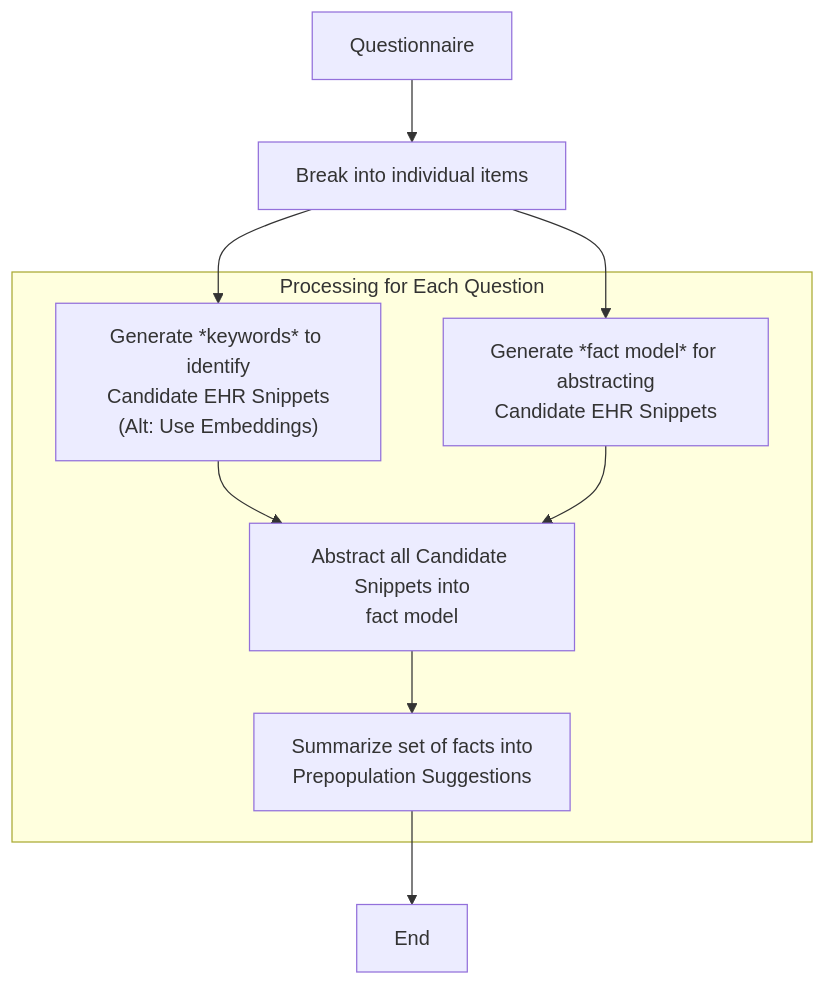
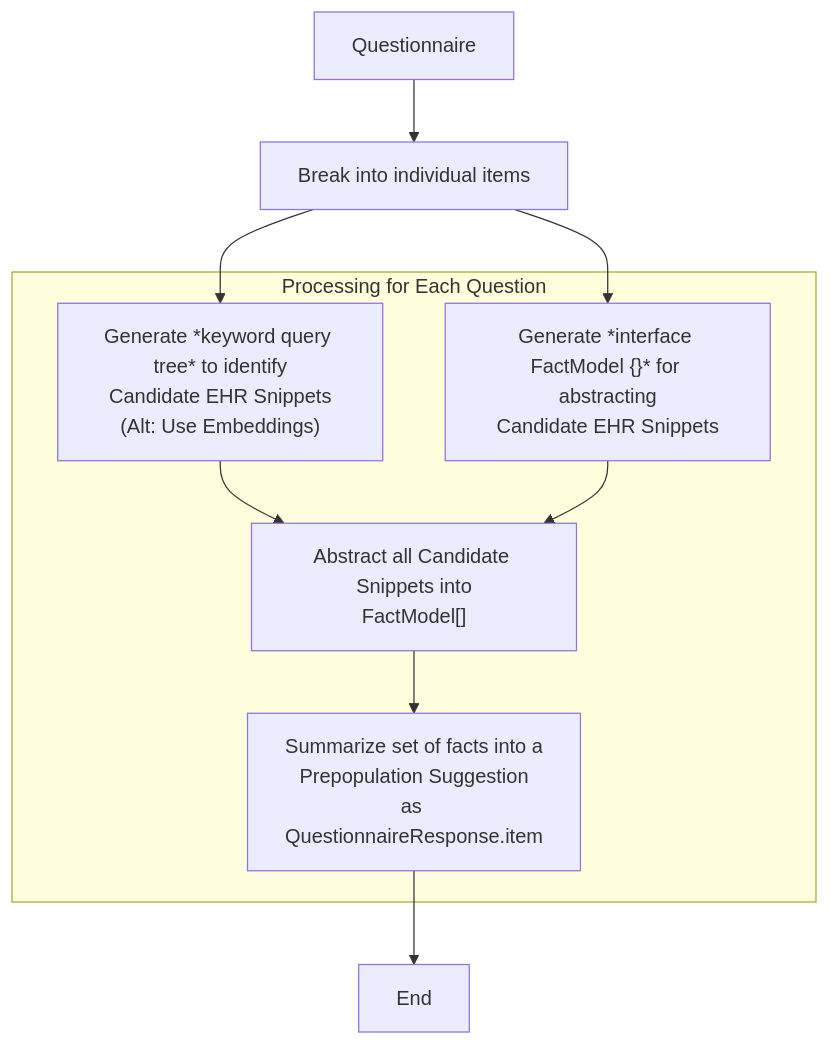
One commit to microsoft-healthcare-madison/hackweek-2023-12 changed the second of 2 diagrams in README.md. Above: the diagram before and after it, drawn with Mermaid. The commit also changed 8 other files, not shown here.

````diff
--- a/README.md
+++ b/README.md
@@ -33,14 +33,14 @@
 ```mermaid
 flowchart TD
     A[Questionnaire] --> C[Break into individual items]
     subgraph Processing for Each Question
-        D["Generate *keywords* to identify\nCandidate EHR Snippets\n(Alt: Use Embeddings)"]
-        E[Generate *fact model* for abstracting\nCandidate EHR Snippets]
-        D --> F[Abstract all Candidate Snippets into\nfact model]
+        D["Generate *keyword query tree* to identify\nCandidate EHR Snippets\n(Alt: Use Embeddings)"]
+        E["Generate *interface FactModel {}* for abstracting\nCandidate EHR Snippets"]
+        D --> F["Abstract all Candidate Snippets into\nFactModel[]"]
         E --> F
-    F --> H[Summarize set of facts into\nPrepopulation Suggestions]
+    F --> H[Summarize set of facts into a\nPrepopulation Suggestion\nas QuestionnaireResponse.item]
     end
     C --> D
     C --> E
     H --> I[End]
 ```
````
